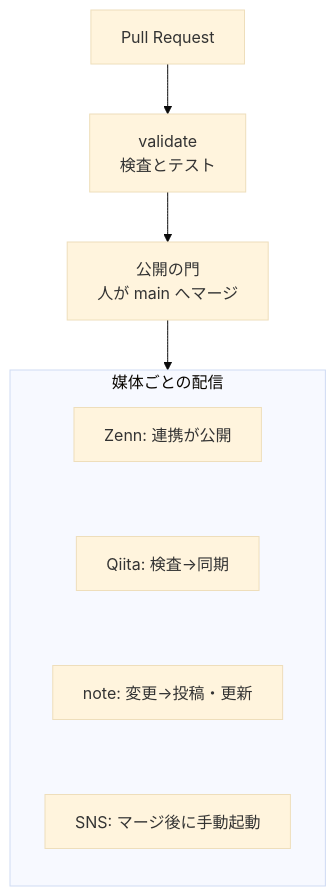
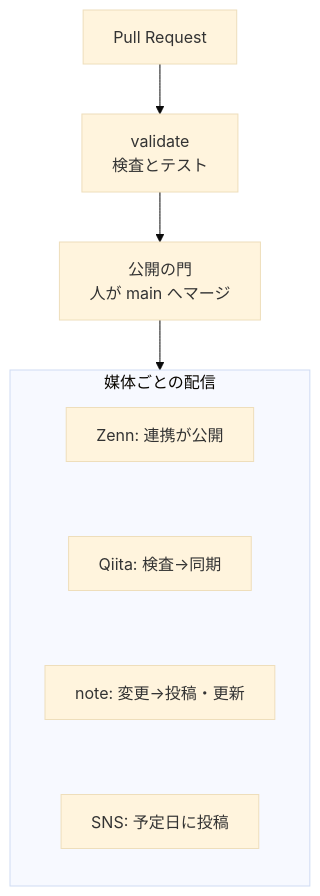
The second of 2 diagrams in articles/multi-platform-publishing-architecture.md (Takenori-Kusaka/publishing-hub), drawn with Mermaid (base theme) before and after one commit. The commit also changed other lines of this file and 33 other files, not shown here.

````diff
--- a/articles/multi-platform-publishing-architecture.md
+++ b/articles/multi-platform-publishing-architecture.md
@@ -311,12 +311,12 @@
 ```mermaid
 flowchart TD
     PR["Pull Request"] --> V["validate<br/>検査とテスト"]
     V --> M["公開の門<br/>人が main へマージ"]
     M --> G
     subgraph G["媒体ごとの配信"]
         direction TB
         ZD["Zenn: 連携が公開"] ~~~ QG["Qiita: 検査→同期"]
         QG ~~~ NG["note: 変更→投稿・更新"]
-        NG ~~~ SD["SNS: マージ後に手動起動"]
+        NG ~~~ SD["SNS: 予定日に投稿"]
     end
 ```
````
